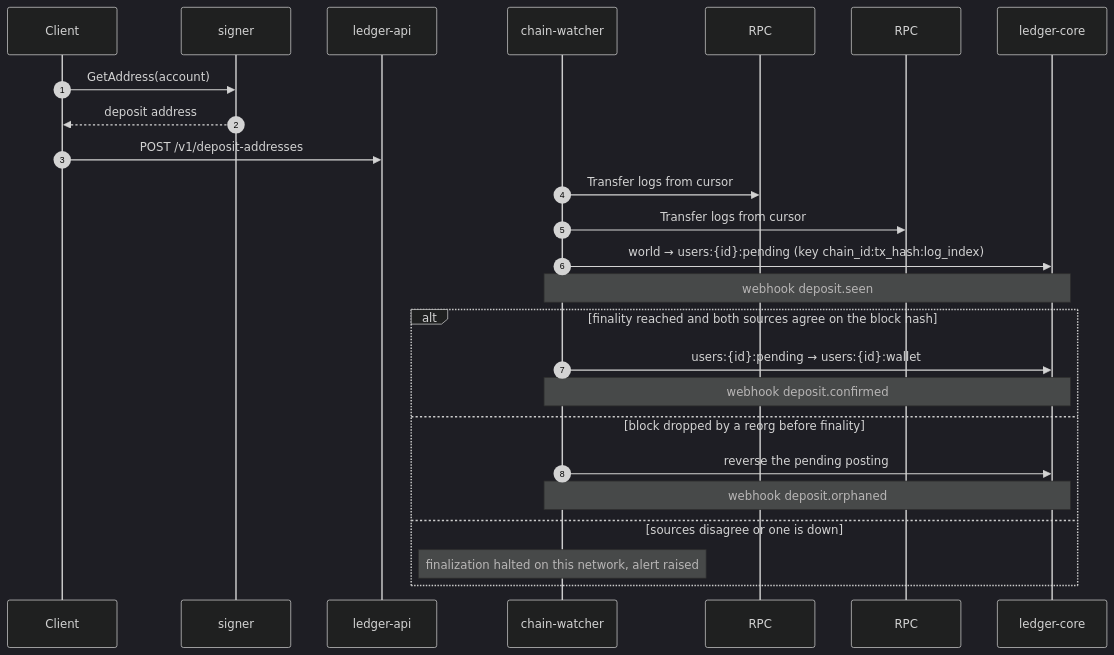
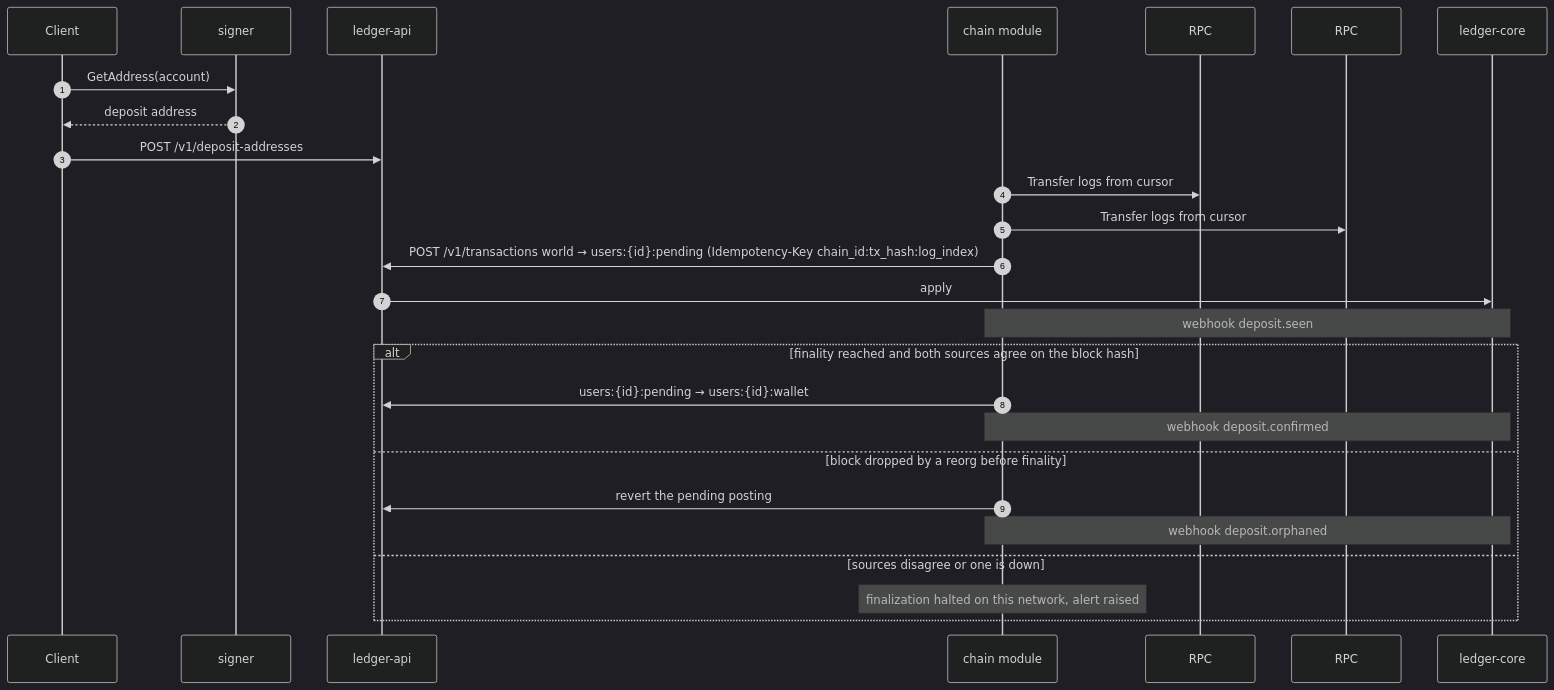
Before and after one commit to Next-Vector/stablecoin-ledger: the second of 5 diagrams in docs/architecture.md, drawn with Mermaid (dark theme). The commit also changed other lines of this file and 10 other files, not shown here.

Commit message:
chore: remove chain-watcher, withdrawer and reconciler from the ledger (#64)

````diff
--- a/docs/architecture.md
+++ b/docs/architecture.md
@@ -75,28 +66,29 @@
 ```mermaid
 sequenceDiagram
     autonumber
     participant C as Client
     participant S as signer
     participant A as ledger-api
-    participant W as chain-watcher
+    participant W as chain module
     participant R1 as RPC #1
     participant R2 as RPC #2
     participant L as ledger-core
 
     C->>S: GetAddress(account)
     S-->>C: deposit address
     C->>A: POST /v1/deposit-addresses
     W->>R1: Transfer logs from cursor
     W->>R2: Transfer logs from cursor
-    W->>L: world → users:{id}:pending (key chain_id:tx_hash:log_index)
+    W->>A: POST /v1/transactions world → users:{id}:pending (Idempotency-Key chain_id:tx_hash:log_index)
+    A->>L: apply
     Note over W,L: webhook deposit.seen
     alt finality reached and both sources agree on the block hash
-        W->>L: users:{id}:pending → users:{id}:wallet
+        W->>A: users:{id}:pending → users:{id}:wallet
         Note over W,L: webhook deposit.confirmed
     else block dropped by a reorg before finality
-        W->>L: reverse the pending posting
+        W->>A: revert the pending posting
         Note over W,L: webhook deposit.orphaned
     else sources disagree or one is down
         Note over W: finalization halted on this network, alert raised
     end
 ```
````
